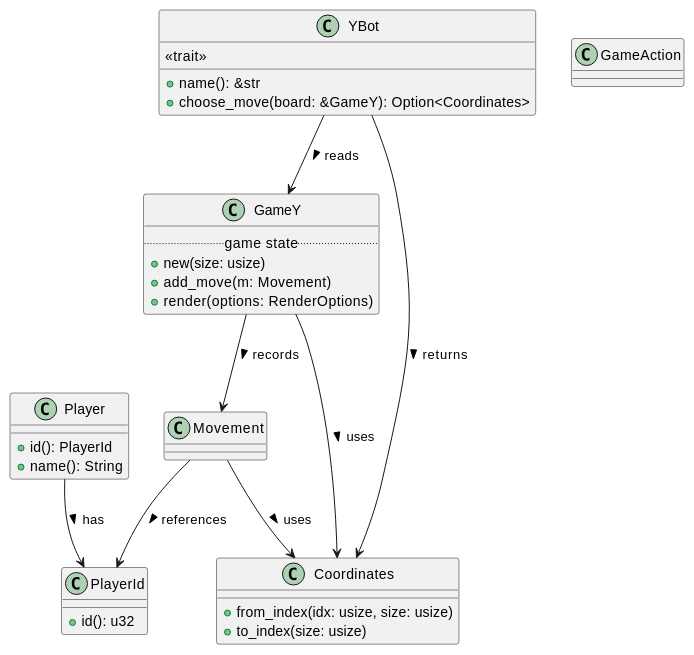
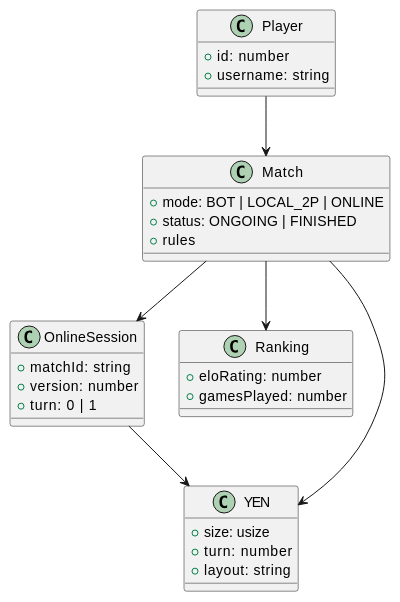
Before and after one commit to Arquisoft/yovi_es1c: the diagram in docs/src/08_concepts.adoc, drawn with PlantUML. The commit also changed other lines of this file and 10 other files, not shown here.

```diff
--- a/docs/src/08_concepts.adoc
+++ b/docs/src/08_concepts.adoc
@@ -12,47 +8,40 @@
-[plantuml, "domain-model", png]
+[plantuml, domain-model, png]
 ----
 @startuml
 
 class Player {
-  +id(): PlayerId
-  +name(): String
+  +id: number
+  +username: string
 }
 
-class PlayerId {
-  +id(): u32
+class Match {
+  +mode: BOT | LOCAL_2P | ONLINE
+  +status: ONGOING | FINISHED
+  +rules
 }
 
-class GameY {
-  .. game state ..
-  +new(size: usize)
-  +add_move(m: Movement)
-  +render(options: RenderOptions)
+class OnlineSession {
+  +matchId: string
+  +version: number
+  +turn: 0 | 1
 }
 
-class Movement {
+class Ranking {
+  +eloRating: number
+  +gamesPlayed: number
 }
 
-class Coordinates {
-  +from_index(idx: usize, size: usize)
-  +to_index(size: usize)
+class YEN {
+  +size: usize
+  +turn: number
+  +layout: string
 }
 
-class GameAction {
-}
-
-class YBot {
-  <<trait>>
-  +name(): &str
-  +choose_move(board: &GameY): Option<Coordinates>
-}
-
-Player --> PlayerId : has >
-Movement --> PlayerId : references >
-Movement --> Coordinates : uses >
-GameY --> Movement : records >
-GameY --> Coordinates : uses >
-YBot --> GameY : reads >
-YBot --> Coordinates : returns >
+Player --> Match
+Match --> OnlineSession
+Match --> Ranking
+Match --> YEN
+OnlineSession --> YEN
 
 @enduml
 ----
```
